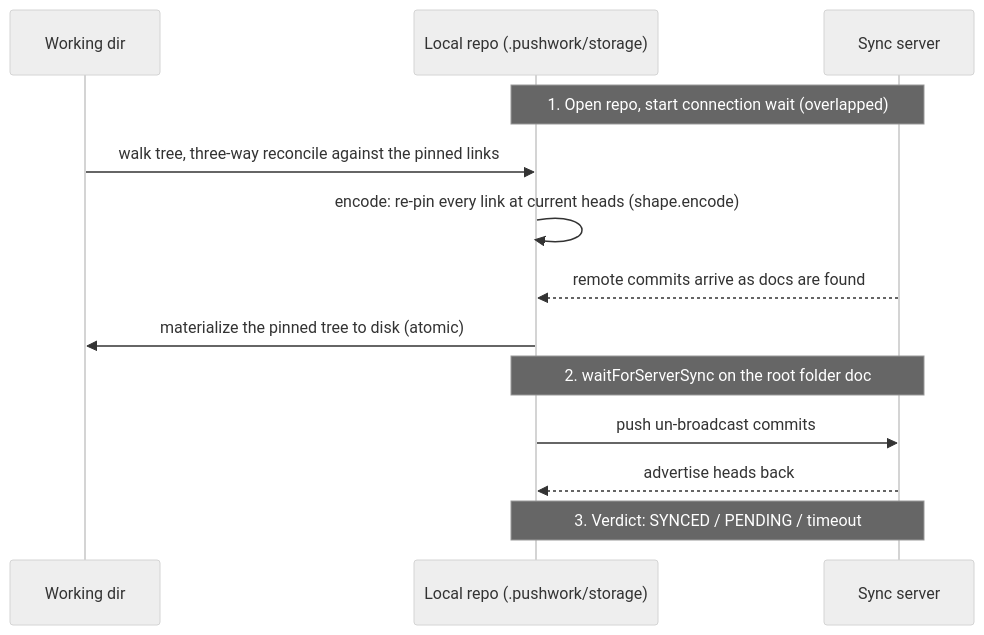
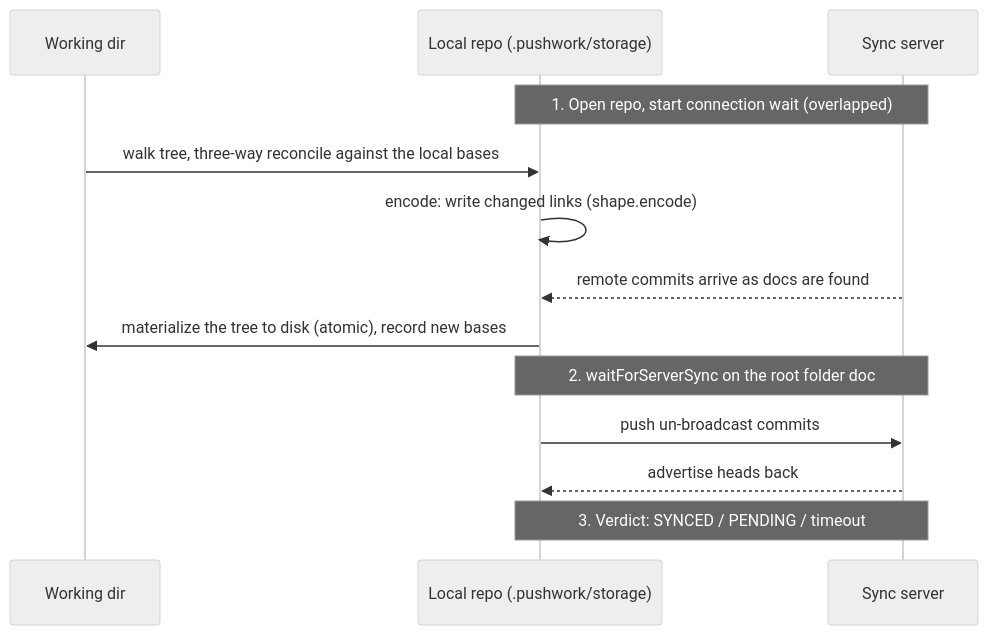
Before and after one commit to inkandswitch/pushwork: the diagram in design/sync.md, drawn with Mermaid (neutral theme). The commit also changed other lines of this file and 29 other files, not shown here.

````diff
--- a/design/sync.md
+++ b/design/sync.md
@@ -7,16 +7,16 @@
 ```mermaid
 sequenceDiagram
     participant W as Working dir
     participant L as Local repo (.pushwork/storage)
     participant S as Sync server
 
     Note over L,S: 1. Open repo, start connection wait (overlapped)
-    W->>L: walk tree, three-way reconcile against the pinned links
-    L->>L: encode: re-pin every link at current heads (shape.encode)
+    W->>L: walk tree, three-way reconcile against the local bases
+    L->>L: encode: write changed links (shape.encode)
     S-->>L: remote commits arrive as docs are found
-    L->>W: materialize the pinned tree to disk (atomic)
+    L->>W: materialize the tree to disk (atomic), record new bases
     Note over L,S: 2. waitForServerSync on the root folder doc
     L->>S: push un-broadcast commits
     S-->>L: advertise heads back
     Note over L,S: 3. Verdict: SYNCED / PENDING / timeout
 ```
````
